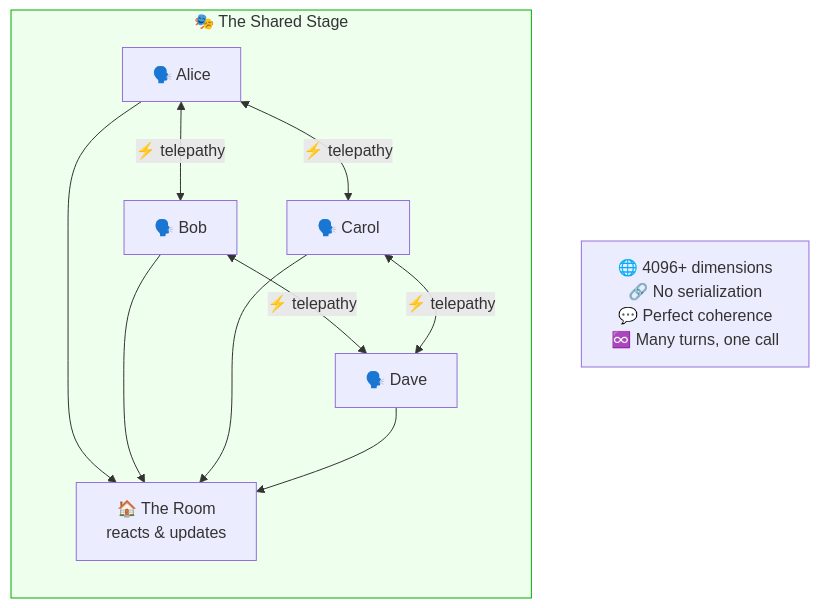
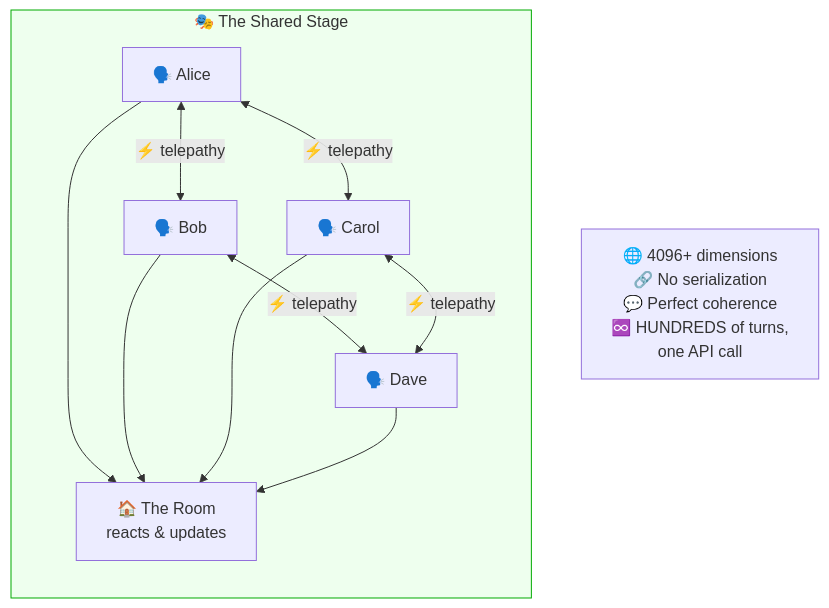
Before and after one commit to SimHacker/moollm: the second of 7 diagrams in designs/SPEED-OF-LIGHT-VS-CARRIER-PIGEON.md, drawn with Mermaid.

Commit message:
HUNDREDS of turns, one API call

````diff
--- a/designs/SPEED-OF-LIGHT-VS-CARRIER-PIGEON.md
+++ b/designs/SPEED-OF-LIGHT-VS-CARRIER-PIGEON.md
@@ -63,19 +63,19 @@
 ```mermaid
 flowchart TB
     subgraph Stage["🎭 The Shared Stage"]
         direction TB
         Alice["🗣️ Alice"] <-->|"⚡ telepathy"| Bob["🗣️ Bob"]
         Alice <-->|"⚡ telepathy"| Carol["🗣️ Carol"]
         Bob <-->|"⚡ telepathy"| Dave["🗣️ Dave"]
         Carol <-->|"⚡ telepathy"| Dave
         Room["🏠 The Room<br/>reacts & updates"]
         Alice --> Room
         Bob --> Room
         Carol --> Room
         Dave --> Room
     end
     
-    Note1["🌐 4096+ dimensions<br/>🔗 No serialization<br/>💬 Perfect coherence<br/>♾️ Many turns, one call"]
+    Note1["🌐 4096+ dimensions<br/>🔗 No serialization<br/>💬 Perfect coherence<br/>♾️ HUNDREDS of turns,<br/>one API call"]
     
     style Stage fill:#efe,stroke:#0a0
 ```
````
